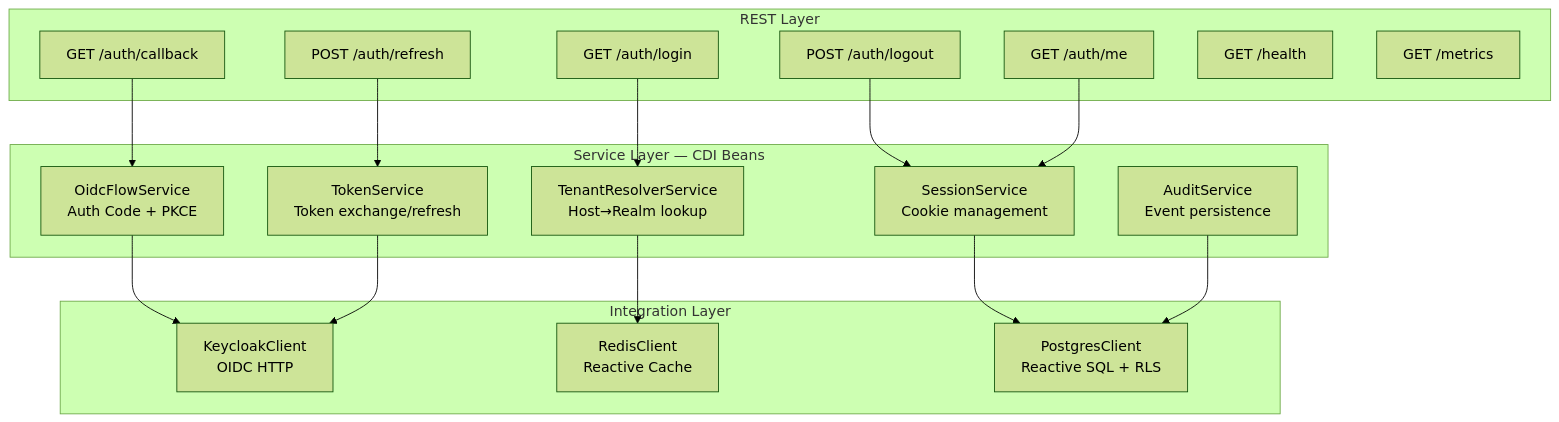
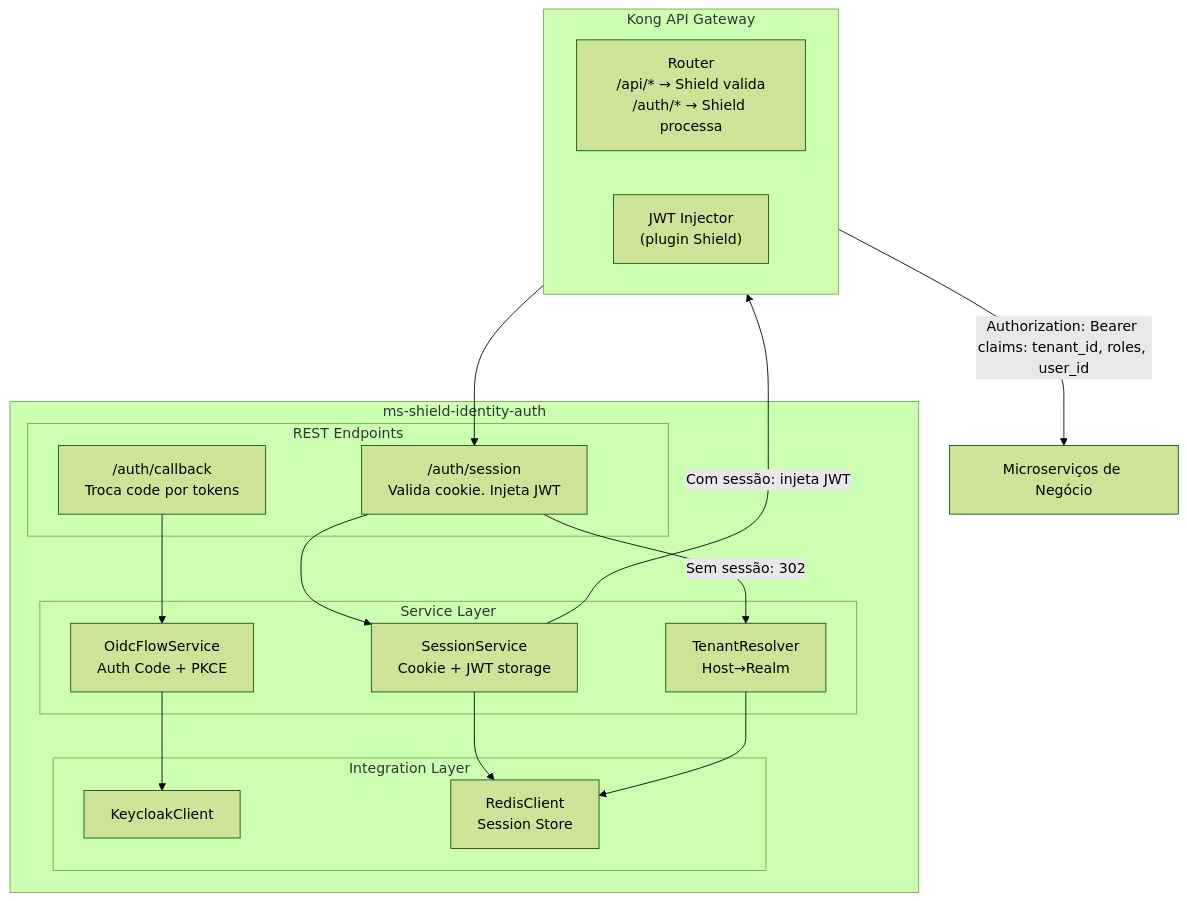
The third of 11 diagrams in business-inputs/business-projects/PRJ-TEC-2026-0004-PROJETO-SHIELD/10-SAD-PRJ-TEC-2026-0004-PROJETO-SHIELD.md (bolismar69/workspace-fbso), drawn with Mermaid (forest theme) before and after one commit. The commit also changed other lines of this file and 2 other files, not shown here.

First line of the commit message:
docs: revisao completa dos diagramas — Shield como filtro Kong

````diff
--- a/business-inputs/business-projects/PRJ-TEC-2026-0004-PROJETO-SHIELD/10-SAD-PRJ-TEC-2026-0004-PROJETO-SHIELD.md
+++ b/business-inputs/business-projects/PRJ-TEC-2026-0004-PROJETO-SHIELD/10-SAD-PRJ-TEC-2026-0004-PROJETO-SHIELD.md
@@ -115,38 +123,37 @@
 ```mermaid
 flowchart TB
-    subgraph API["REST Layer"]
-        Login["GET /auth/login"]
-        Callback["GET /auth/callback"]
-        Logout["POST /auth/logout"]
-        Refresh["POST /auth/refresh"]
-        Me["GET /auth/me"]
-        Health["GET /health"]
-        Metrics["GET /metrics"]
+    subgraph Kong["Kong API Gateway"]
+        direction LR
+        KongRouter["Router\n/api/* → Shield valida\n/auth/* → Shield processa"]
+        KongJWT["JWT Injector\n(plugin Shield)"]
     end
 
-    subgraph Services["Service Layer — CDI Beans"]
-        TenantRes["TenantResolverService\nHost→Realm lookup"]
-        OidcSvc["OidcFlowService\nAuth Code + PKCE"]
-        SessionSvc["SessionService\nCookie management"]
-        TokenSvc["TokenService\nToken exchange/refresh"]
-        AuditSvc["AuditService\nEvent persistence"]
+    subgraph Shield["ms-shield-identity-auth"]
+        subgraph API["REST Endpoints"]
+            Callback["/auth/callback\nTroca code por tokens"]
+            Session["/auth/session\nValida cookie. Injeta JWT"]
+        end
+
+        subgraph Services["Service Layer"]
+            TenantRes["TenantResolver\nHost→Realm"]
+            OidcSvc["OidcFlowService\nAuth Code + PKCE"]
+            SessionSvc["SessionService\nCookie + JWT storage"]
+        end
+
+        subgraph Clients["Integration Layer"]
+            KCClient["KeycloakClient"]
+            RedisClient["RedisClient\nSession Store"]
+        end
     end
 
-    subgraph Clients["Integration Layer"]
-        KCClient["KeycloakClient\nOIDC HTTP"]
-        RedisClient["RedisClient\nReactive Cache"]
-        PGClient["PostgresClient\nReactive SQL + RLS"]
-    end
+    KongRouter --> Session
+    Session --> SessionSvc
+    SessionSvc --> RedisClient
+    SessionSvc -->|"Com sessão: injeta JWT"| KongJWT
+    Session -->|"Sem sessão: 302"| TenantRes
+    TenantRes --> RedisClient
+    Callback --> OidcSvc
+    OidcSvc --> KCClient
 
-    Login --> TenantRes
-    Callback --> OidcSvc
-    Logout --> SessionSvc
-    Refresh --> TokenSvc
-    Me --> SessionSvc
-
-    TenantRes --> RedisClient
-    OidcSvc --> KCClient
-    SessionSvc --> PGClient
-    TokenSvc --> KCClient
-    AuditSvc --> PGClient
+    KongJWT -->|"Authorization: Bearer <JWT>\nclaims: tenant_id, roles, user_id"| MS["Microserviços de Negócio"]
 ```
````
